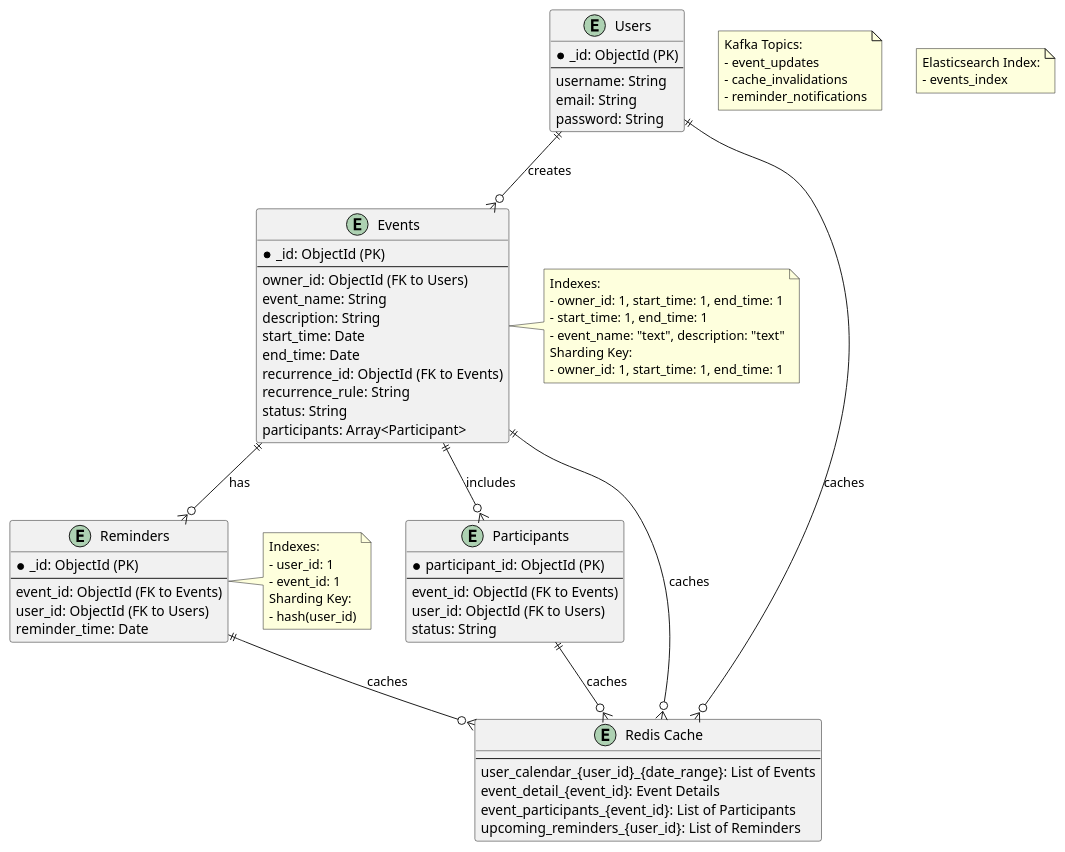
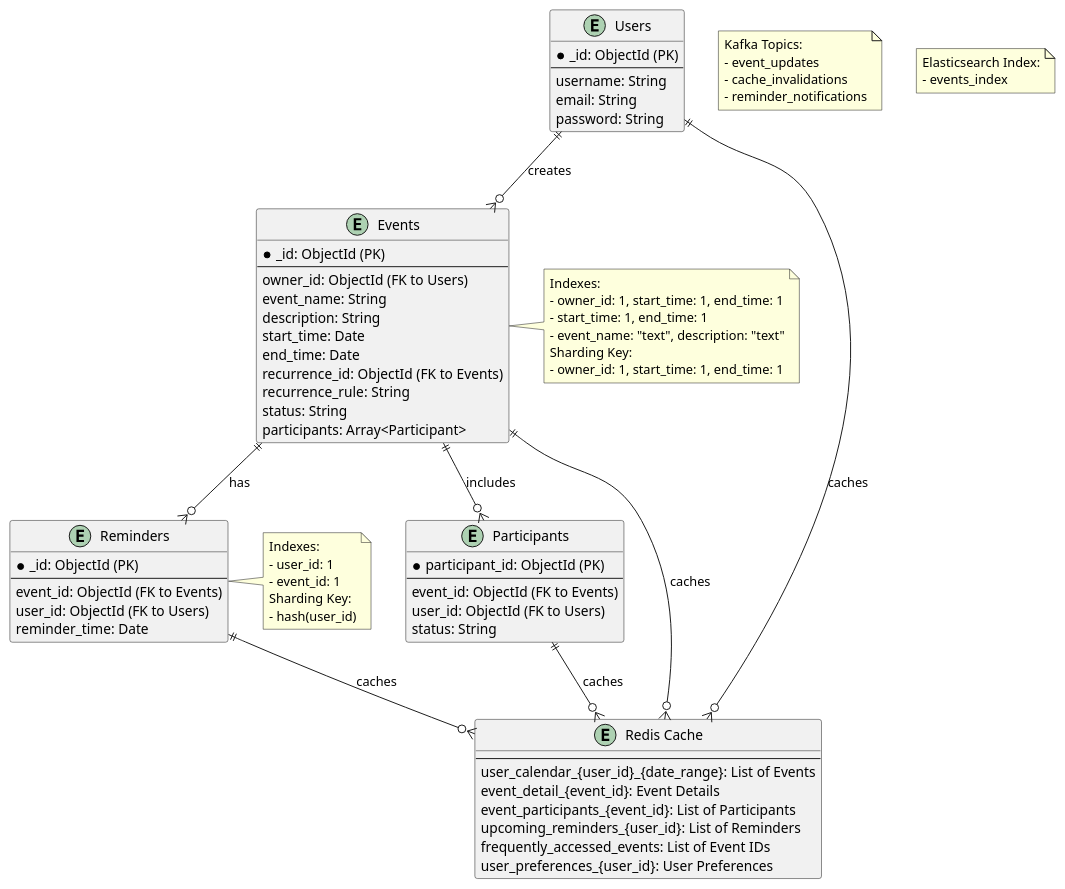
The diagram in high_traffic_calendar/high_traffic_calendar_mongodb_design.puml (huangyingw/system_design), drawn with PlantUML before and after one commit.

```diff
--- a/high_traffic_calendar/high_traffic_calendar_mongodb_design.puml
+++ b/high_traffic_calendar/high_traffic_calendar_mongodb_design.puml
@@ -1,78 +1,80 @@
 @startuml
 
 entity "Users" as U {
   *_id: ObjectId (PK)
   --
   username: String
   email: String
   password: String
 }
 
 entity "Events" as E {
   *_id: ObjectId (PK)
   --
   owner_id: ObjectId (FK to Users)
   event_name: String
   description: String
   start_time: Date
   end_time: Date
   recurrence_id: ObjectId (FK to Events)
   recurrence_rule: String
   status: String
   participants: Array<Participant>
 }
 
 entity "Participants" as P {
   *participant_id: ObjectId (PK)
   --
   event_id: ObjectId (FK to Events)
   user_id: ObjectId (FK to Users)
   status: String
 }
 
 entity "Reminders" as R {
   *_id: ObjectId (PK)
   --
   event_id: ObjectId (FK to Events)
   user_id: ObjectId (FK to Users)
   reminder_time: Date
 }
 
 entity "Redis Cache" as C {
   --
   user_calendar_{user_id}_{date_range}: List of Events
   event_detail_{event_id}: Event Details
   event_participants_{event_id}: List of Participants
   upcoming_reminders_{user_id}: List of Reminders
+  frequently_accessed_events: List of Event IDs
+  user_preferences_{user_id}: User Preferences
 }
 
 note right of E
   Indexes:
   - owner_id: 1, start_time: 1, end_time: 1
   - start_time: 1, end_time: 1
   - event_name: "text", description: "text"
   Sharding Key:
   - owner_id: 1, start_time: 1, end_time: 1
 end note
 
 note right of R
   Indexes:
   - user_id: 1
   - event_id: 1
   Sharding Key:
   - hash(user_id)
 end note
 
 note "Kafka Topics:\n- event_updates\n- cache_invalidations\n- reminder_notifications" as KT
 
 note "Elasticsearch Index:\n- events_index" as ESI
 
 U ||--o{ E : creates
 E ||--o{ P : includes
 E ||--o{ R : has
 U ||--o{ C : caches
 E ||--o{ C : caches
 P ||--o{ C : caches
 R ||--o{ C : caches
 
 @enduml
```
